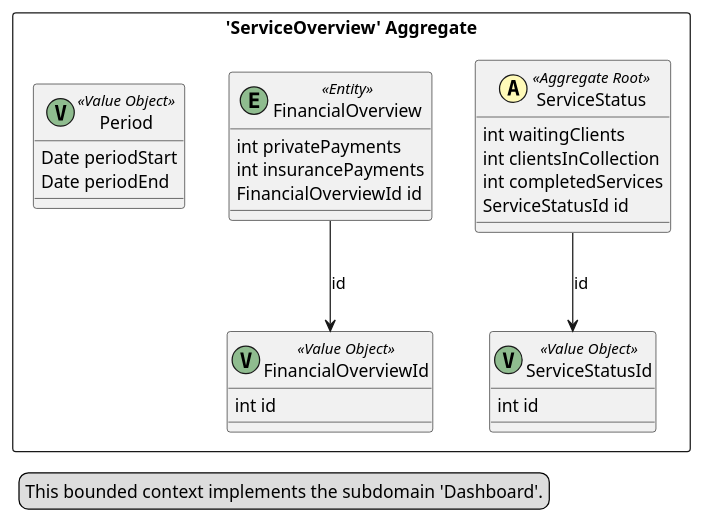
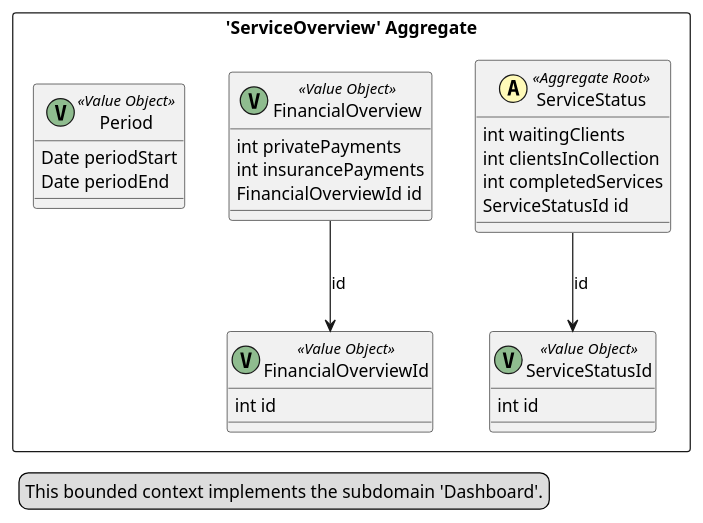
The diagram in ClinicalLab/src-gen/context_BC_Dashboard.puml (Kal-0/RV_software), drawn with PlantUML before and after one commit. The commit also changed 2 other files, not shown here.

Commit message:
ajuste value object

```diff
--- a/ClinicalLab/src-gen/context_BC_Dashboard.puml
+++ b/ClinicalLab/src-gen/context_BC_Dashboard.puml
@@ -1,35 +1,35 @@
 @startuml
 
 skinparam componentStyle uml2
 
 package "'ServiceOverview' Aggregate" <<Rectangle>> {
 	class ServiceStatus <<(A,#fffab8) Aggregate Root>> {
 		int waitingClients
 		int clientsInCollection
 		int completedServices
 		ServiceStatusId id
 	}
-	class FinancialOverview <<(E,DarkSeaGreen) Entity>> {
+	class FinancialOverview <<(V,DarkSeaGreen) Value Object>> {
 		int privatePayments
 		int insurancePayments
 		FinancialOverviewId id
 	}
 	class ServiceStatusId <<(V,DarkSeaGreen) Value Object>> {
 		int id
 	}
 	class FinancialOverviewId <<(V,DarkSeaGreen) Value Object>> {
 		int id
 	}
 	class Period <<(V,DarkSeaGreen) Value Object>> {
 		Date periodStart
 		Date periodEnd
 	}
 }
 FinancialOverview --> FinancialOverviewId : id
 ServiceStatus --> ServiceStatusId : id
 legend left
   This bounded context implements the subdomain 'Dashboard'.
 end legend
 
 
 @enduml
```
